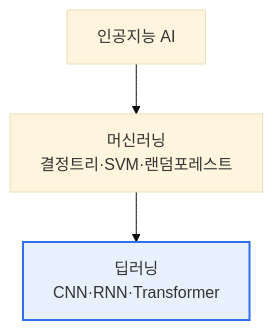
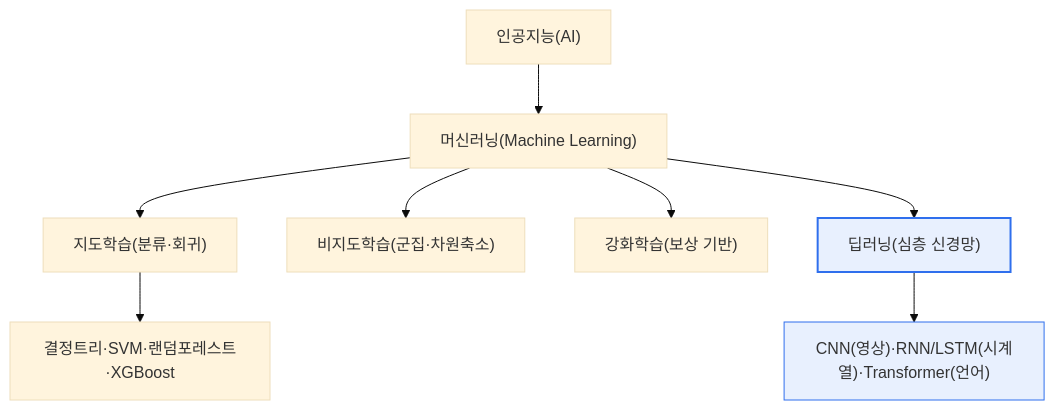
One commit to coninggu/wjdqhrhksflrltnftk changed the first of 2 diagrams in content/ml-vs-dl.md. Above: the diagram before and after it, drawn with Mermaid (base theme). The commit also changed other lines of this file and 3 other files, not shown here.

````diff
--- a/content/ml-vs-dl.md
+++ b/content/ml-vs-dl.md
@@ -15,6 +26,12 @@
 ```mermaid
 flowchart TB
-  AI[인공지능 AI] --> ML[머신러닝<br/>결정트리·SVM·랜덤포레스트]
-  ML --> DL[딥러닝<br/>CNN·RNN·Transformer]
+  AI["인공지능(AI)"] --> ML["머신러닝(Machine Learning)"]
+  ML --> SUP["지도학습(분류·회귀)"]
+  ML --> UNS["비지도학습(군집·차원축소)"]
+  ML --> RL["강화학습(보상 기반)"]
+  ML --> DL["딥러닝(심층 신경망)"]
+  SUP --> CLS["결정트리·SVM·랜덤포레스트·XGBoost"]
+  DL --> DNN["CNN(영상)·RNN/LSTM(시계열)·Transformer(언어)"]
   style DL fill:#e8f0fe,stroke:#2f6fed,stroke-width:2px
+  style DNN fill:#e8f0fe,stroke:#2f6fed
 ```
````
